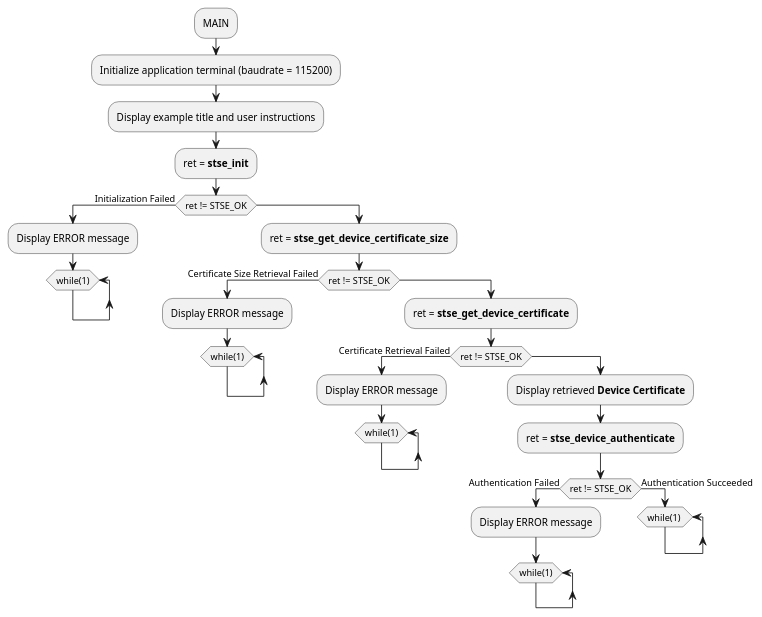
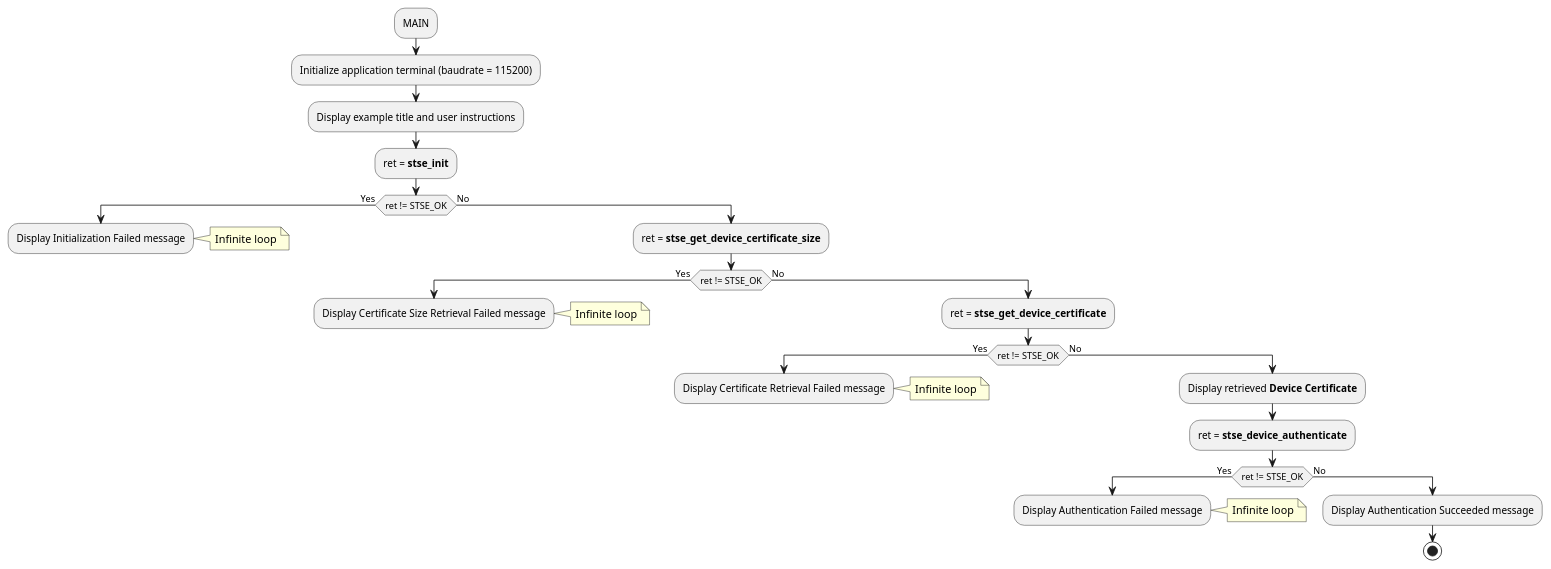
One commit to Grom-perso/STSAFE-A120_examples_dev changed the diagram in Documentation/resources/Markdown/03_Project_examples_description/Device_authentication/STSAFE-A120_Device_authentication.md. Above: the diagram before and after it, drawn with PlantUML. The commit also changed other lines of this file and 23 other files, not shown here.

```diff
--- a/Documentation/resources/Markdown/03_Project_examples_description/Device_authentication/STSAFE-A120_Device_authentication.md
+++ b/Documentation/resources/Markdown/03_Project_examples_description/Device_authentication/STSAFE-A120_Device_authentication.md
@@ -9,48 +10,40 @@
 @startuml "STSAFE-A120_Device_authentication Example flowchart" width=5cm
-    :MAIN;
-    :Initialize application terminal (baudrate = 115200);
-    :Display example title and user instructions;
-    :ret = <b>stse_init</b>;
-    if(ret != STSE_OK) then (Initialization Failed)
-        :Display ERROR message;
-        while (while(1))
-        end while
-          -[hidden]->
-        detach
-    else
-
-    :ret = <b>stse_get_device_certificate_size</b>;
-    if(ret != STSE_OK) then (Certificate Size Retrieval Failed)
-        :Display ERROR message;
-        while (while(1))
-        end while
-          -[hidden]->
-        detach
-    else
-
-    :ret = <b>stse_get_device_certificate</b>;
-    if(ret != STSE_OK) then (Certificate Retrieval Failed)
-        :Display ERROR message;
-        while (while(1))
-        end while
-          -[hidden]->
-        detach
-    else
-
-    :Display retrieved <b>Device Certificate</b>;
-    
-    :ret = <b>stse_device_authenticate</b>;
-    if(ret != STSE_OK) then (Authentication Failed)
-        :Display ERROR message;
-        while (while(1))
-        end while
-          -[hidden]->
-        detach
-    else (Authentication Succeeded)
-
-	while (while(1) )
-	end while
+:MAIN;
+:Initialize application terminal (baudrate = 115200);
+:Display example title and user instructions;
+:ret = <b>stse_init</b>;
+if(ret != STSE_OK) then (Yes)
+	:Display Initialization Failed message;
+	note right: Infinite loop
 	-[hidden]->
-    detach
-    endif
+	detach
+else (No)
+	:ret = <b>stse_get_device_certificate_size</b>;
+	if(ret != STSE_OK) then (Yes)
+		:Display Certificate Size Retrieval Failed message;
+		note right: Infinite loop
+		-[hidden]->
+		detach
+	else (No)
+		:ret = <b>stse_get_device_certificate</b>;
+		if(ret != STSE_OK) then (Yes)
+			:Display Certificate Retrieval Failed message;
+			note right: Infinite loop
+			-[hidden]->
+			detach
+		else (No)
+			:Display retrieved <b>Device Certificate</b>;
+			:ret = <b>stse_device_authenticate</b>;
+			if(ret != STSE_OK) then (Yes)
+				:Display Authentication Failed message;
+				note right: Infinite loop
+				-[hidden]->
+				detach
+			else (No)
+				:Display Authentication Succeeded message;
+				stop
+			endif
+		endif
+	endif
+endif
 @enduml
```
